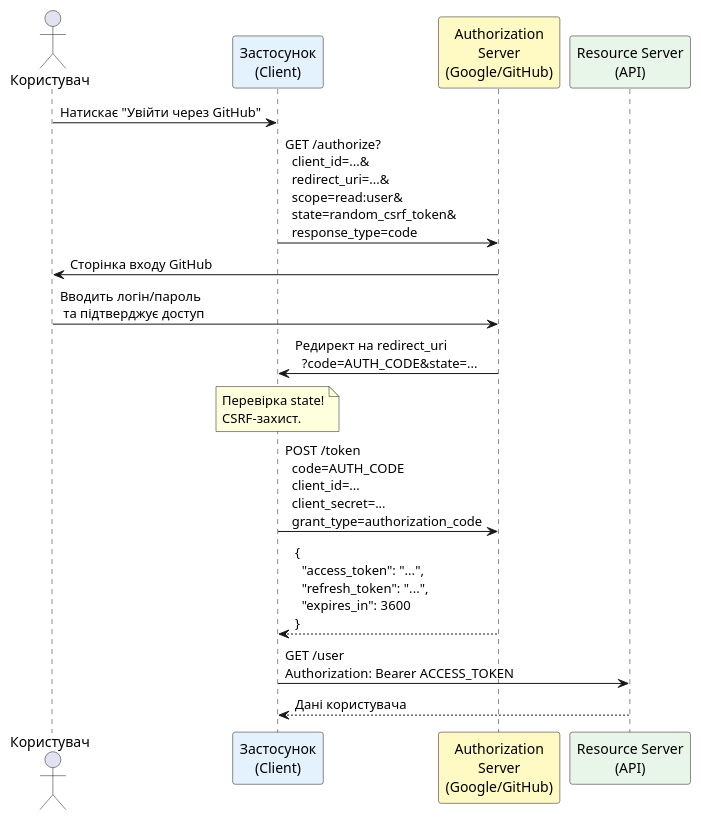
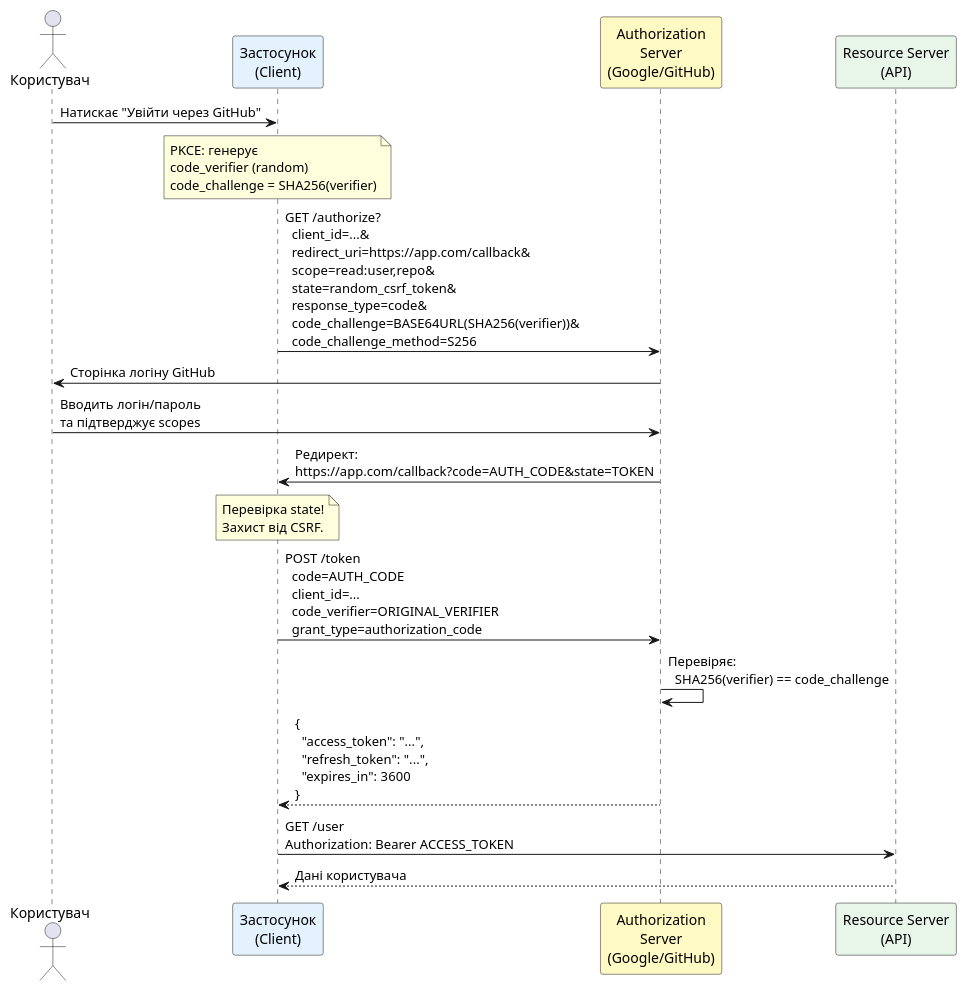
One commit to UTUBMIR/kostyl.dev changed the ninth of 18 diagrams in content/01.csharp/13.network-programming/08.http-advanced.md. Above: the diagram before and after it, drawn with PlantUML. The commit also changed other lines of this file and 2 other files, not shown here.

````diff
--- a/content/01.csharp/13.network-programming/08.http-advanced.md
+++ b/content/01.csharp/13.network-programming/08.http-advanced.md
@@ -503,30 +886,38 @@
 ```plantuml
 @startuml
 skinparam style plain
 skinparam backgroundColor #ffffff
 
 actor "Користувач" as user
 participant "Застосунок\n(Client)" as app #e3f2fd
 participant "Authorization\nServer\n(Google/GitHub)" as auth #fff9c4
 participant "Resource Server\n(API)" as api #e8f5e9
 
 user -> app : Натискає "Увійти через GitHub"
 
-app -> auth : GET /authorize?\n  client_id=...&\n  redirect_uri=...&\n  scope=read:user&\n  state=random_csrf_token&\n  response_type=code
-auth -> user : Сторінка входу GitHub
-user -> auth : Вводить логін/пароль\n та підтверджує доступ
-auth -> app : Редирект на redirect_uri\n  ?code=AUTH_CODE&state=...
+note over app
+  PKCE: генерує
+  code_verifier (random)
+  code_challenge = SHA256(verifier)
+end note
+
+app -> auth : GET /authorize?\n  client_id=...&\n  redirect_uri=https://app.com/callback&\n  scope=read:user,repo&\n  state=random_csrf_token&\n  response_type=code&\n  code_challenge=BASE64URL(SHA256(verifier))&\n  code_challenge_method=S256
+
+auth -> user : Сторінка логіну GitHub
+user -> auth : Вводить логін/пароль\nта підтверджує scopes
+auth -> app : Редирект:\nhttps://app.com/callback?code=AUTH_CODE&state=TOKEN
 
 note over app
   Перевірка state!
-  CSRF-захист.
+  Захист від CSRF.
 end note
 
-app -> auth : POST /token\n  code=AUTH_CODE\n  client_id=...\n  client_secret=...\n  grant_type=authorization_code
+app -> auth : POST /token\n  code=AUTH_CODE\n  client_id=...\n  code_verifier=ORIGINAL_VERIFIER\n  grant_type=authorization_code
+auth -> auth : Перевіряє:\n  SHA256(verifier) == code_challenge
 auth --> app : {\n  "access_token": "...",\n  "refresh_token": "...",\n  "expires_in": 3600\n}
 
 app -> api : GET /user\nAuthorization: Bearer ACCESS_TOKEN
 api --> app : Дані користувача
 
 @enduml
 ```
````
